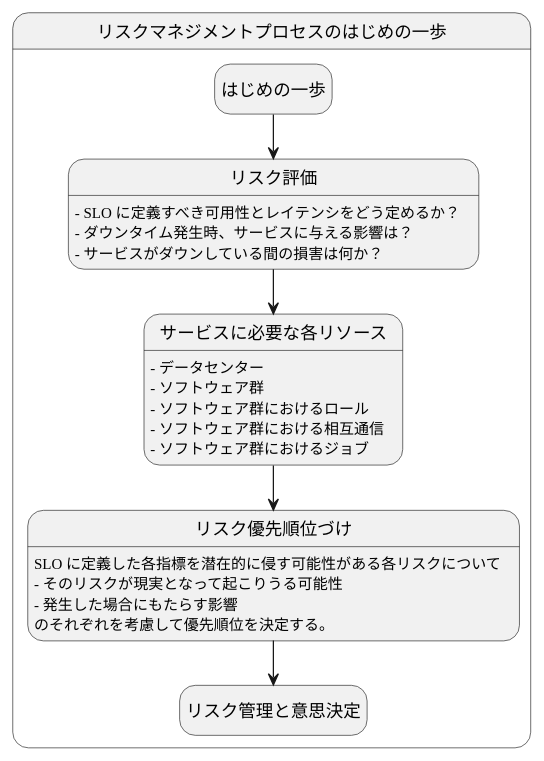
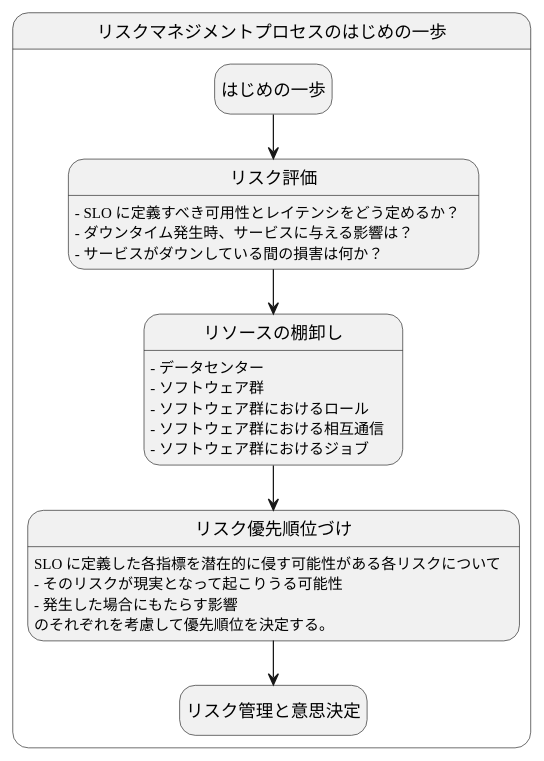
One commit to eyuta/zenn changed the first of 2 diagrams in articles/database-reliability-engineering__03.md. Above: the diagram before and after it, drawn with PlantUML. The commit also changed other lines of this file, not shown here.

````diff
--- a/articles/database-reliability-engineering__03.md
+++ b/articles/database-reliability-engineering__03.md
@@ -171,28 +171,28 @@
 ```plantuml
 @startuml
 hide empty description
 
 state リスクマネジメントプロセスのはじめの一歩 {
   はじめの一歩 --> リスク評価
-  リスク評価 --> サービスに必要な各リソース
-  サービスに必要な各リソース --> リスク優先順位づけ
+  リスク評価 --> リソースの棚卸し
+  リソースの棚卸し --> リスク優先順位づけ
   リスク優先順位づけ --> リスク管理と意思決定
 }
 
 リスク評価 : - SLO に定義すべき可用性とレイテンシをどう定めるか？
 リスク評価 : - ダウンタイム発生時、サービスに与える影響は？
 リスク評価 : - サービスがダウンしている間の損害は何か？
 
-サービスに必要な各リソース : - データセンター
-サービスに必要な各リソース : - ソフトウェア群
-サービスに必要な各リソース : - ソフトウェア群におけるロール
-サービスに必要な各リソース : - ソフトウェア群における相互通信
-サービスに必要な各リソース : - ソフトウェア群におけるジョブ
+リソースの棚卸し : - データセンター
+リソースの棚卸し : - ソフトウェア群
+リソースの棚卸し : - ソフトウェア群におけるロール
+リソースの棚卸し : - ソフトウェア群における相互通信
+リソースの棚卸し : - ソフトウェア群におけるジョブ
 
 リスク優先順位づけ : SLO に定義した各指標を潜在的に侵す可能性がある各リスクについて
 リスク優先順位づけ : - そのリスクが現実となって起こりうる可能性
 リスク優先順位づけ : - 発生した場合にもたらす影響
 リスク優先順位づけ : のそれぞれを考慮して優先順位を決定する。
 
 @enduml
 ```
````
